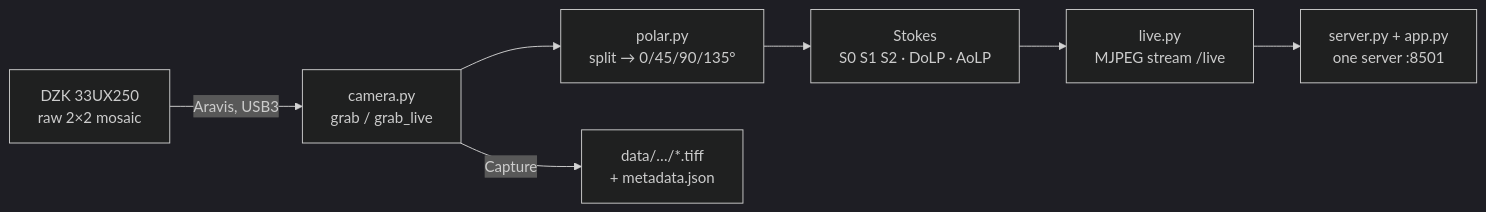
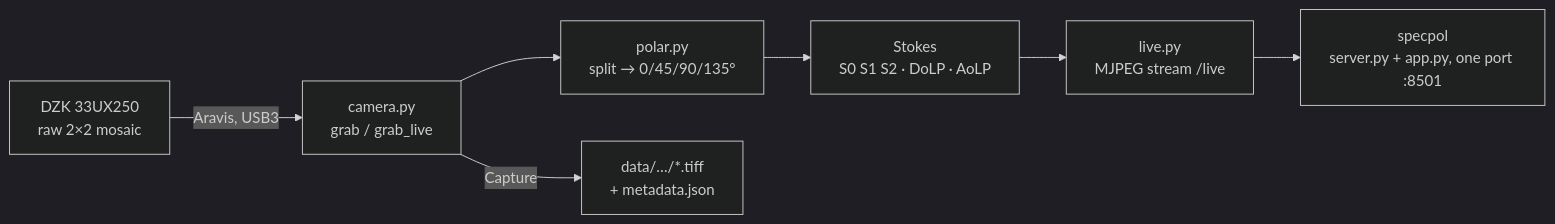
One commit to arunoruto/specpol changed the diagram in README.md. Above: the diagram before and after it, drawn with Mermaid (dark theme). The commit also changed other lines of this file and 15 other files, not shown here.

````diff
--- a/README.md
+++ b/README.md
@@ -17,9 +18,9 @@
 ```mermaid
 flowchart LR
     cam["DZK 33UX250<br/>raw 2×2 mosaic"] -->|Aravis, USB3| grab["camera.py<br/>grab / grab_live"]
     grab --> split["polar.py<br/>split → 0/45/90/135°"]
     split --> stokes["Stokes<br/>S0 S1 S2 · DoLP · AoLP"]
     stokes --> mjpeg["live.py<br/>MJPEG stream /live"]
-    mjpeg --> ui["server.py + app.py<br/>one server :8501"]
+    mjpeg --> ui["specpol<br/>server.py + app.py, one port :8501"]
     grab -->|Capture| tiff["data/…/*.tiff<br/>+ metadata.json"]
 ```
````
